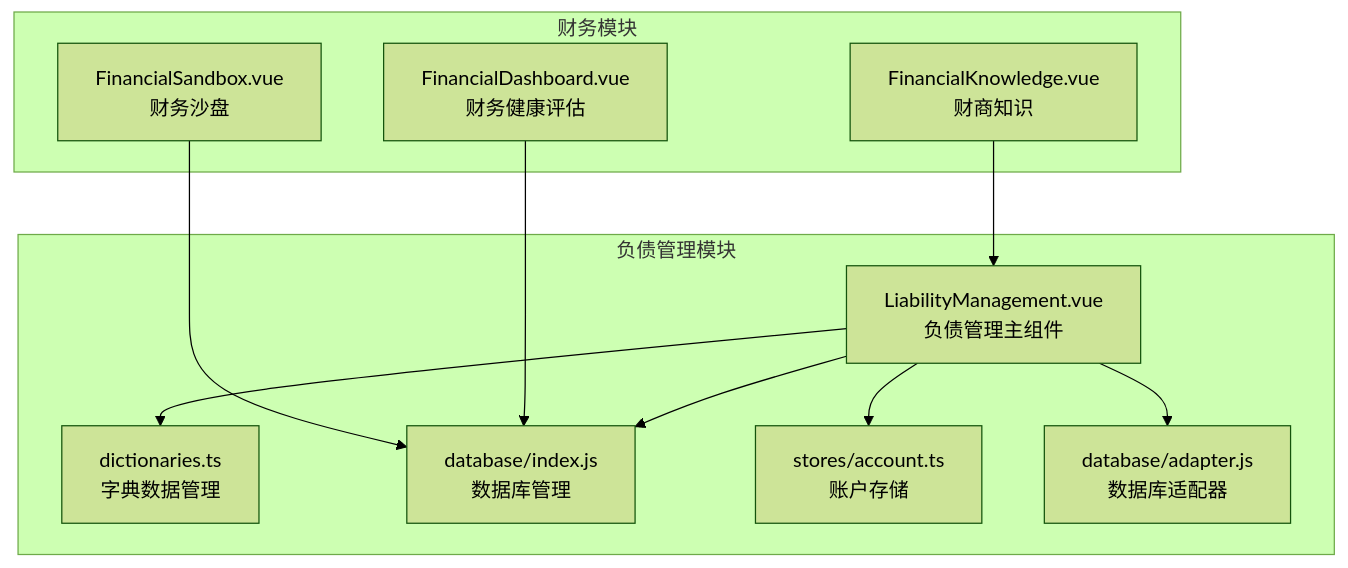
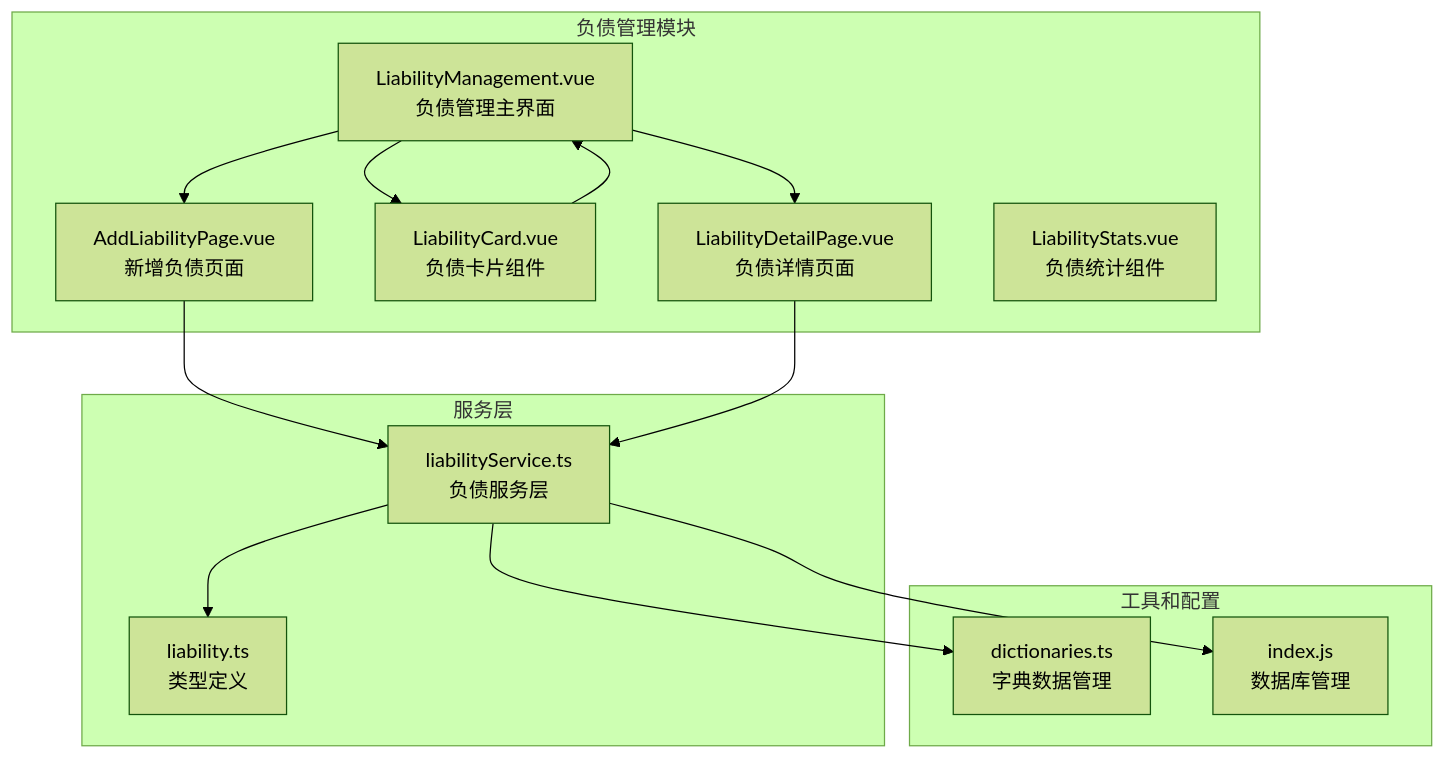
Before and after one commit to xiao-lin-unit/yuan: the first of 8 diagrams in .qoder/repowiki/zh/content/负债管理.md, drawn with Mermaid (forest theme). The commit also changed other lines of this file and 6 other files, not shown here.

````diff
--- a/.qoder/repowiki/zh/content/负债管理.md
+++ b/.qoder/repowiki/zh/content/负债管理.md
@@ -37,22 +50,27 @@
 ```mermaid
 graph TB
 subgraph "负债管理模块"
-LM[LiabilityManagement.vue<br/>负债管理主组件]
-DICT[dictionaries.ts<br/>字典数据管理]
-DB[database/index.js<br/>数据库管理]
-STORE[stores/account.ts<br/>账户存储]
-ADAPTER[database/adapter.js<br/>数据库适配器]
+LM[LiabilityManagement.vue<br/>负债管理主界面]
+ALP[AddLiabilityPage.vue<br/>新增负债页面]
+LCD[LiabilityCard.vue<br/>负债卡片组件]
+LDP[LiabilityDetailPage.vue<br/>负债详情页面]
+LS[LiabilityStats.vue<br/>负债统计组件]
 end
-subgraph "财务模块"
-FD[FinancialDashboard.vue<br/>财务健康评估]
-FK[FinancialKnowledge.vue<br/>财商知识]
-FS[FinancialSandbox.vue<br/>财务沙盘]
+subgraph "服务层"
+LService[liabilityService.ts<br/>负债服务层]
+LType[liability.ts<br/>类型定义]
 end
-LM --> DICT
-LM --> STORE
-LM --> DB
-LM --> ADAPTER
-FD --> DB
-FK --> LM
-FS --> DB
+subgraph "工具和配置"
+Dict[dictionaries.ts<br/>字典数据管理]
+DB[index.js<br/>数据库管理]
+end
+LM --> ALP
+LM --> LCD
+LM --> LDP
+ALP --> LService
+LDP --> LService
+LCD --> LM
+LService --> LType
+LService --> Dict
+LService --> DB
 ```
````
